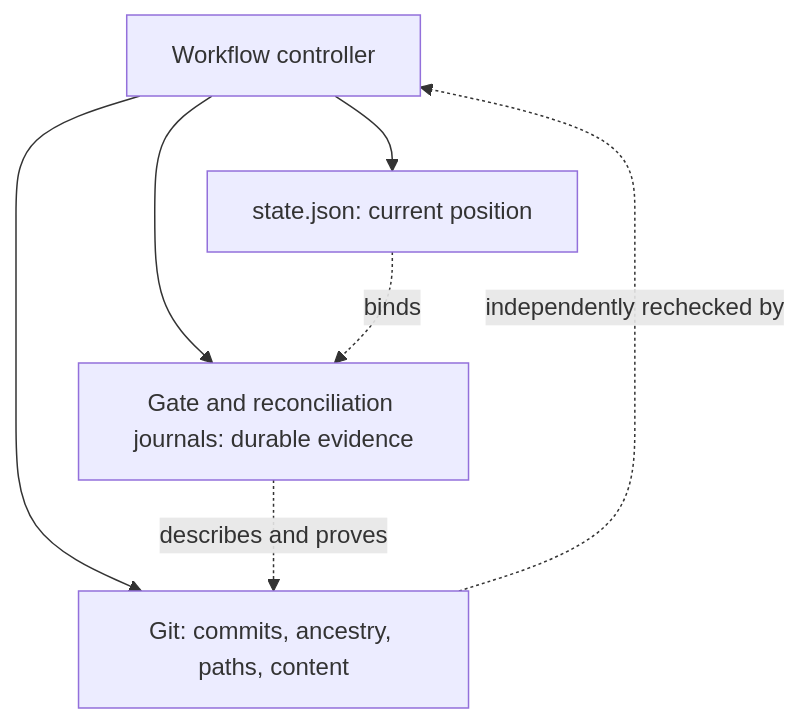
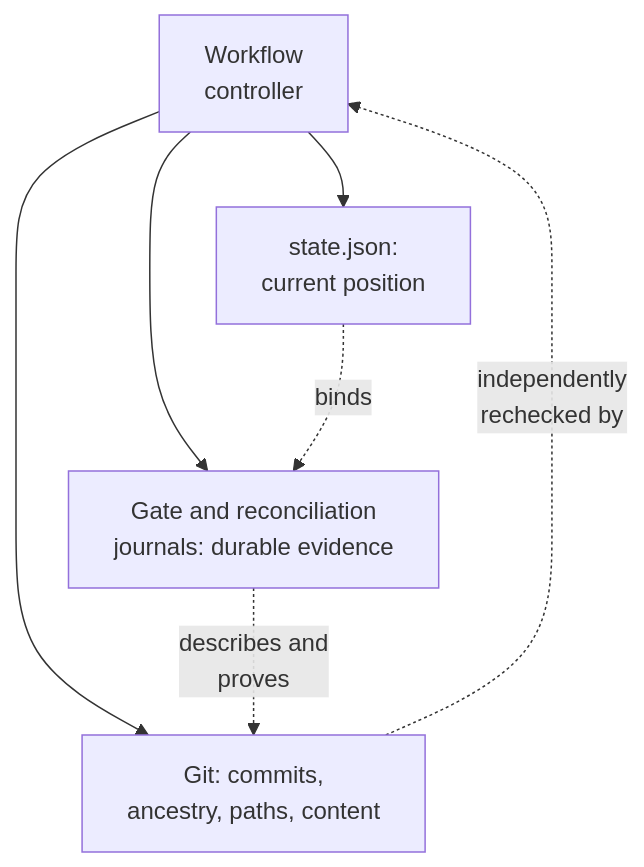
Before and after one commit to NathanZK/Fidenaut: the second of 5 diagrams in docs/engineering/agent-workflow-architecture.md, drawn with Mermaid. The commit also changed other lines of this file, not shown here.

Commit message:
Fix issue #305: Resolve overlapping and clipped Mermaid labels

````diff
--- a/docs/engineering/agent-workflow-architecture.md
+++ b/docs/engineering/agent-workflow-architecture.md
@@ -59,9 +59,9 @@
 ```mermaid
 flowchart TB
-    C[Workflow controller] --> S[state.json: current position]
-    C --> J[Gate and reconciliation journals: durable evidence]
-    C --> G[Git: commits, ancestry, paths, content]
+    C[Workflow<br/>controller] --> S[state.json:<br/>current position]
+    C --> J[Gate and reconciliation<br/>journals: durable evidence]
+    C --> G[Git: commits,<br/>ancestry, paths, content]
     S -. binds .-> J
-    J -. describes and proves .-> G
-    G -. independently rechecked by .-> C
+    J -. describes and<br/>proves .-> G
+    G -. independently<br/>rechecked by .-> C
 ```
````
